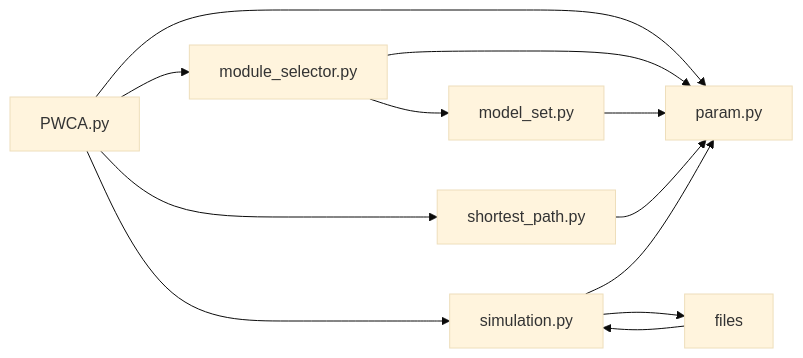
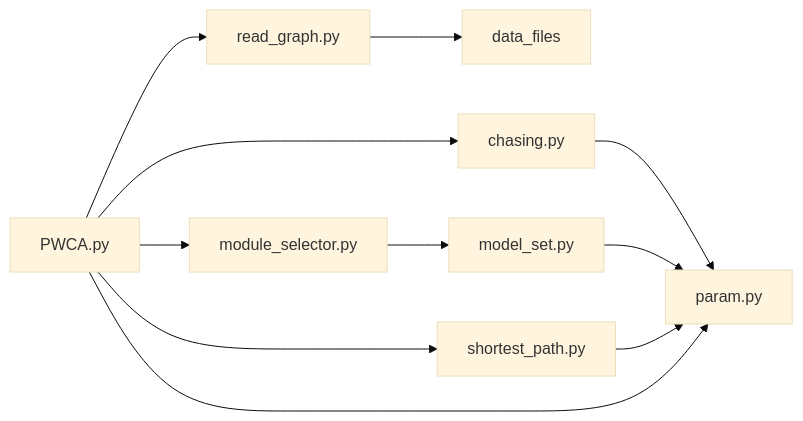
Before and after one commit to GaoYucen/PWC: the diagram in README.md, drawn with Mermaid (base theme). The commit also changed other lines of this file and 5 other files, not shown here.

````diff
--- a/README.md
+++ b/README.md
@@ -5,14 +5,8 @@
 ```mermaid
 graph LR;
-  PWCA.py-->module_selector.py;
-  module_selector.py-->model_set.py;
-  PWCA.py-->shortest_path.py;
-  PWCA.py-->simulation.py;
-  simulation.py-->files;
-  files-->simulation.py;
+  PWCA.py-->read_graph.py-->data_files;
+  PWCA.py-->chasing.py-->param.py;
+  PWCA.py-->module_selector.py-->model_set.py-->param.py;
+  PWCA.py-->shortest_path.py-->param.py;
   PWCA.py-->param.py;
-  module_selector.py-->param.py;
-  model_set.py-->param.py;
-  shortest_path.py-->param.py;
-  simulation.py-->param.py;
 ```
````
